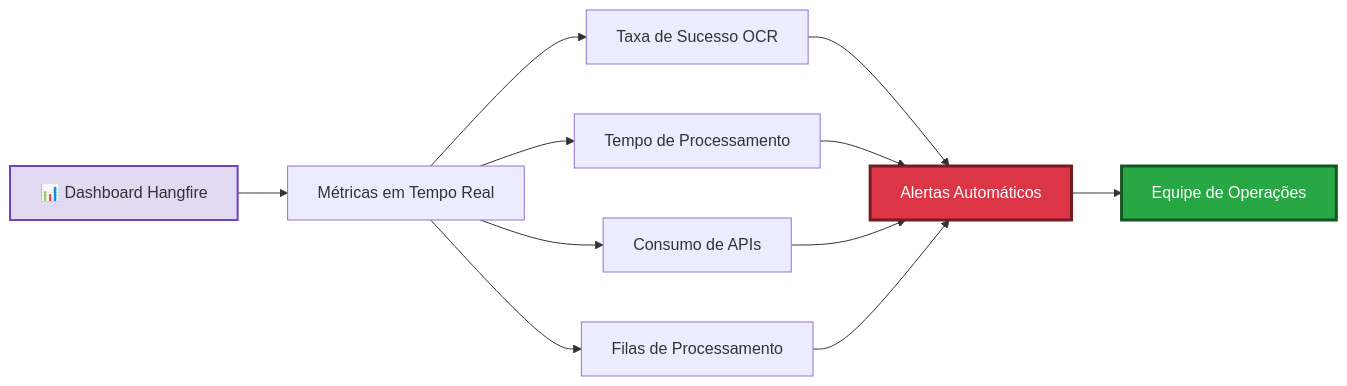
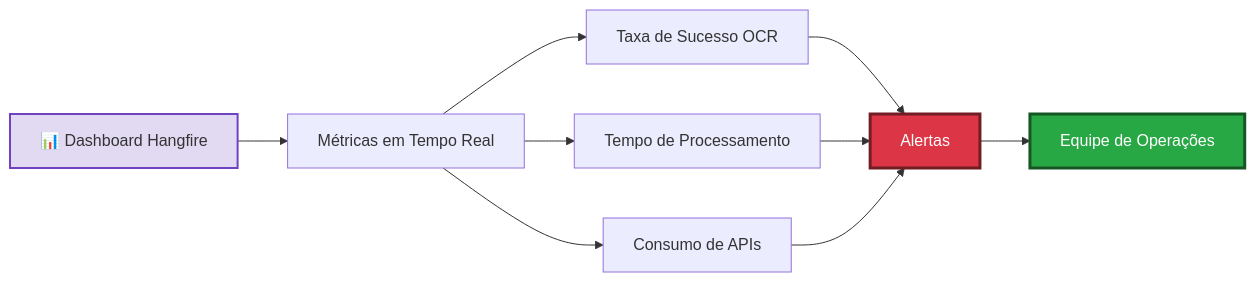
One commit to LeonardoDalcorso/agent_sorte_de_quem_indica changed diagram 18 of 18 in README.md. Above: the diagram before and after it, drawn with Mermaid. The commit also changed other lines of this file, not shown here.

````diff
--- a/README.md
+++ b/README.md
@@ -1125,20 +1122,19 @@
 ```mermaid
 graph LR
     A[📊 Dashboard Hangfire] --> B[Métricas em Tempo Real]
     
     B --> C[Taxa de Sucesso OCR]
     B --> D[Tempo de Processamento]
     B --> E[Consumo de APIs]
-    B --> F[Filas de Processamento]
     
-    C --> G[Alertas Automáticos]
+    
+    C --> G[Alertas]
     D --> G
-    E --> G
-    F --> G
+    E --> G  
     
     G --> H[Equipe de Operações]
     
     style A fill:#e2d9f3,stroke:#6f42c1,stroke-width:2px
     style G fill:#dc3545,stroke:#721c24,stroke-width:3px,color:#fff
     style H fill:#28a745,stroke:#155724,stroke-width:3px,color:#fff
 ```
````
